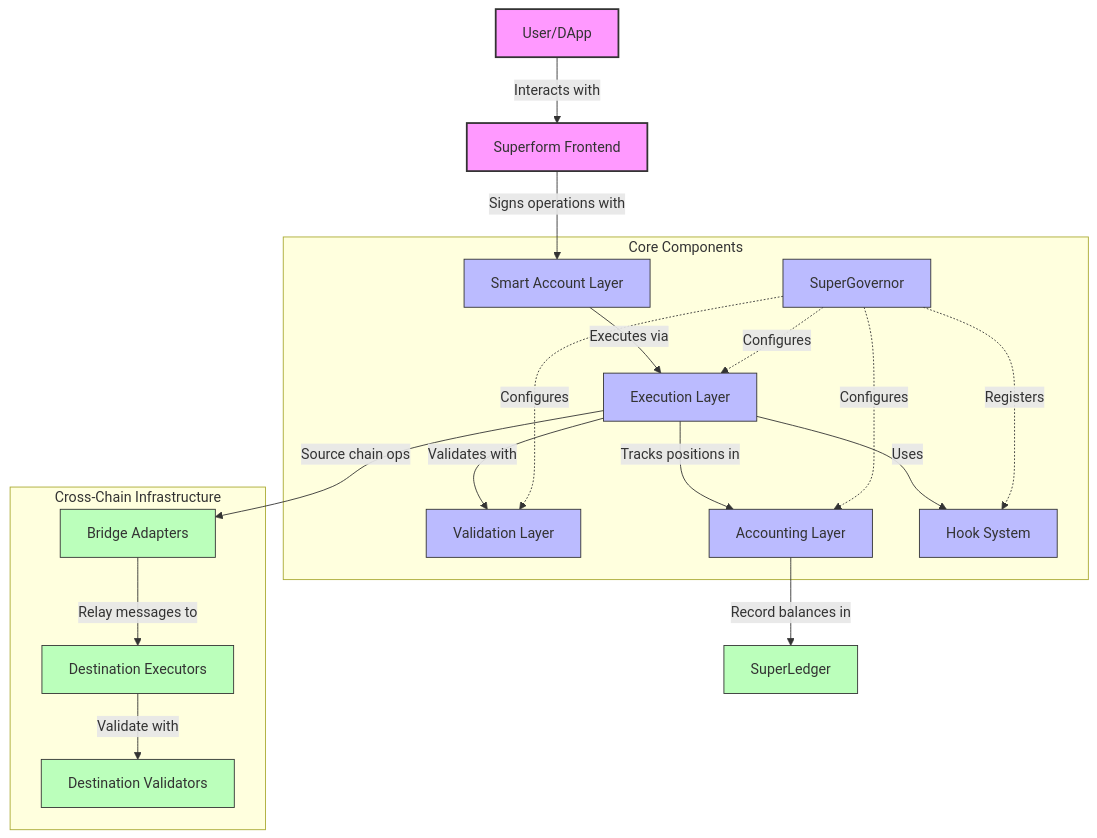
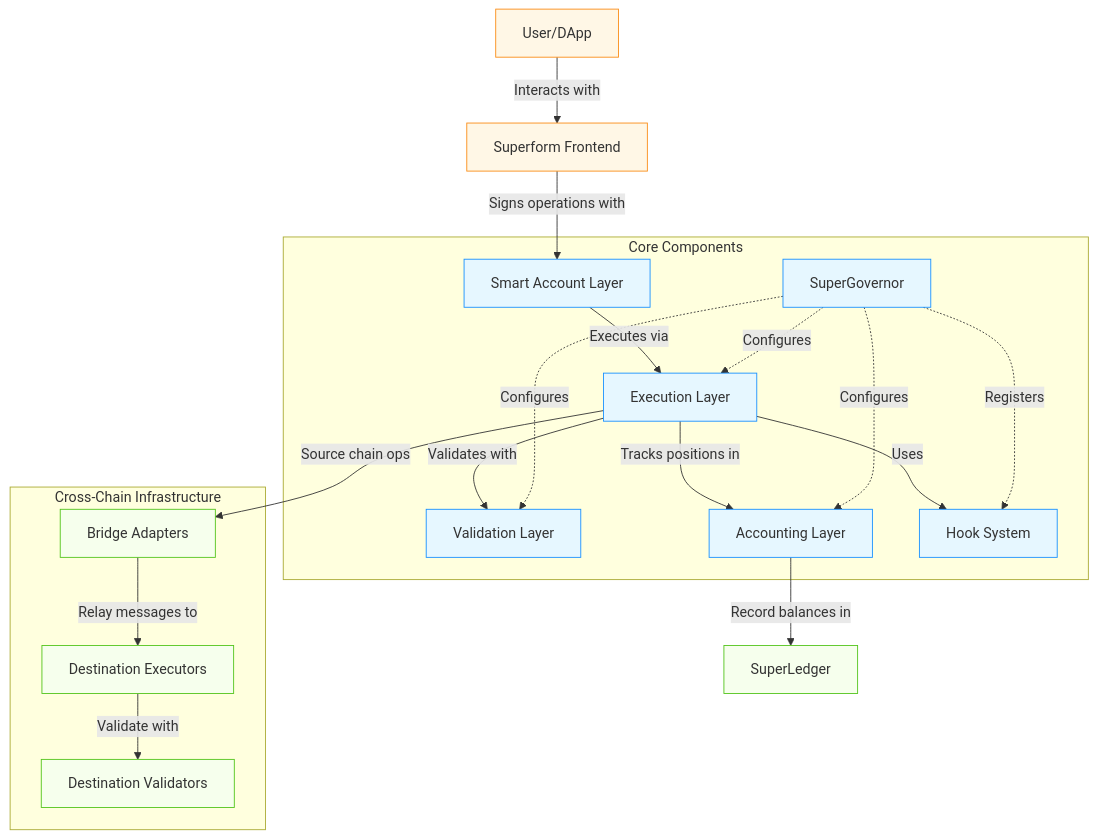
The first of 2 diagrams in README.md (superform-xyz/v2-core), drawn with Mermaid before and after one commit. The commit also changed other lines of this file, not shown here.

````diff
--- a/README.md
+++ b/README.md
@@ -32,33 +37,33 @@
 ```mermaid
 graph TD
     User[User/DApp] -->|Interacts with| Frontend[Superform Frontend]
     Frontend -->|Signs operations with| SmartAccount[Smart Account Layer]
     
     subgraph "Core Components"
         SmartAccount -->|Executes via| Executors[Execution Layer]
         Executors -->|Validates with| Validators[Validation Layer]
         Executors -->|Tracks positions in| Accounting[Accounting Layer]
         Executors -->|Uses| Hooks[Hook System]
         
         Registry[SuperGovernor] -.->|Configures| Executors
         Registry -.->|Configures| Validators
         Registry -.->|Configures| Accounting
         Registry -.->|Registers| Hooks
     end
     
     subgraph "Cross-Chain Infrastructure"
         Executors -->|Source chain ops| Bridges[Bridge Adapters]
         Bridges -->|Relay messages to| DestExecutors[Destination Executors]
         DestExecutors -->|Validate with| DestValidators[Destination Validators]
     end
     
     Accounting -->|Record balances in| Ledgers[SuperLedger]
 
-    classDef userFacing fill:#f9f,stroke:#333,stroke-width:2px;
-    classDef core fill:#bbf,stroke:#333,stroke-width:1px;
-    classDef infra fill:#bfb,stroke:#333,stroke-width:1px;
+    classDef user fill:#fff7e6,stroke:#fa8c16
+    classDef core fill:#e6f7ff,stroke:#1890ff
+    classDef infra fill:#f6ffed,stroke:#52c41a
     
-    class User,Frontend userFacing;
-    class SmartAccount,Executors,Validators,Accounting,Hooks,Registry core;
-    class Bridges,DestExecutors,DestValidators,Ledgers infra;
+    class User,Frontend user
+    class SmartAccount,Executors,Validators,Accounting,Hooks,Registry core
+    class Bridges,DestExecutors,DestValidators,Ledgers infra
 ```
````
